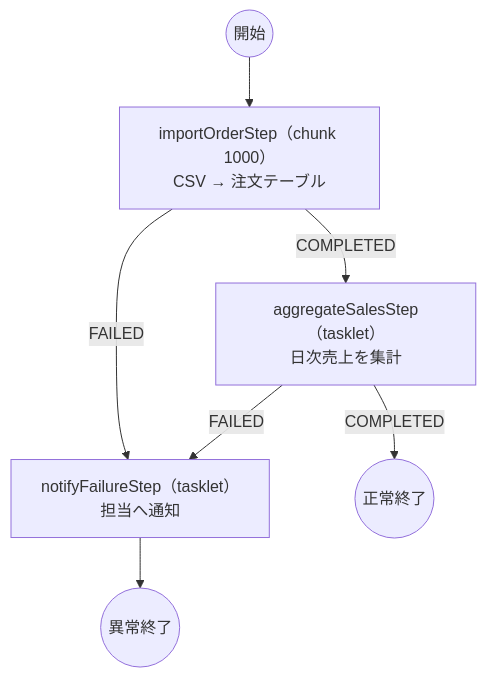
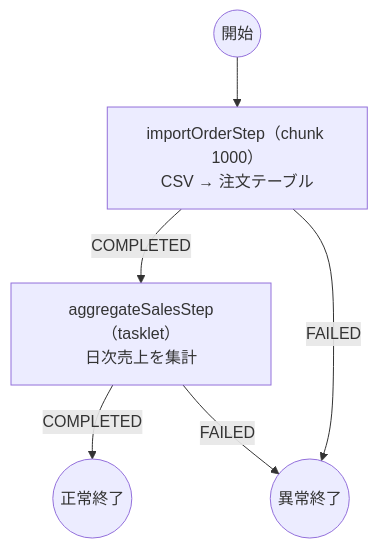
Before and after one commit to t-nasu/spring-batch-skills: the diagram in skills/spring-batch-dev/references/design-diagram.md, drawn with Mermaid. The commit also changed other lines of this file and 12 other files, not shown here.

````diff
--- a/skills/spring-batch-dev/references/design-diagram.md
+++ b/skills/spring-batch-dev/references/design-diagram.md
@@ -34,9 +34,8 @@
 ```mermaid
 flowchart TD
     start((開始)) --> importStep["importOrderStep（chunk 1000）<br/>CSV → 注文テーブル"]
     importStep -->|COMPLETED| aggregateStep["aggregateSalesStep（tasklet）<br/>日次売上を集計"]
-    importStep -->|FAILED| notifyStep["notifyFailureStep（tasklet）<br/>担当へ通知"]
+    importStep -->|FAILED| failed((異常終了))
     aggregateStep -->|COMPLETED| done((正常終了))
-    aggregateStep -->|FAILED| notifyStep
-    notifyStep --> failed((異常終了))
+    aggregateStep -->|FAILED| failed
 ```
````
